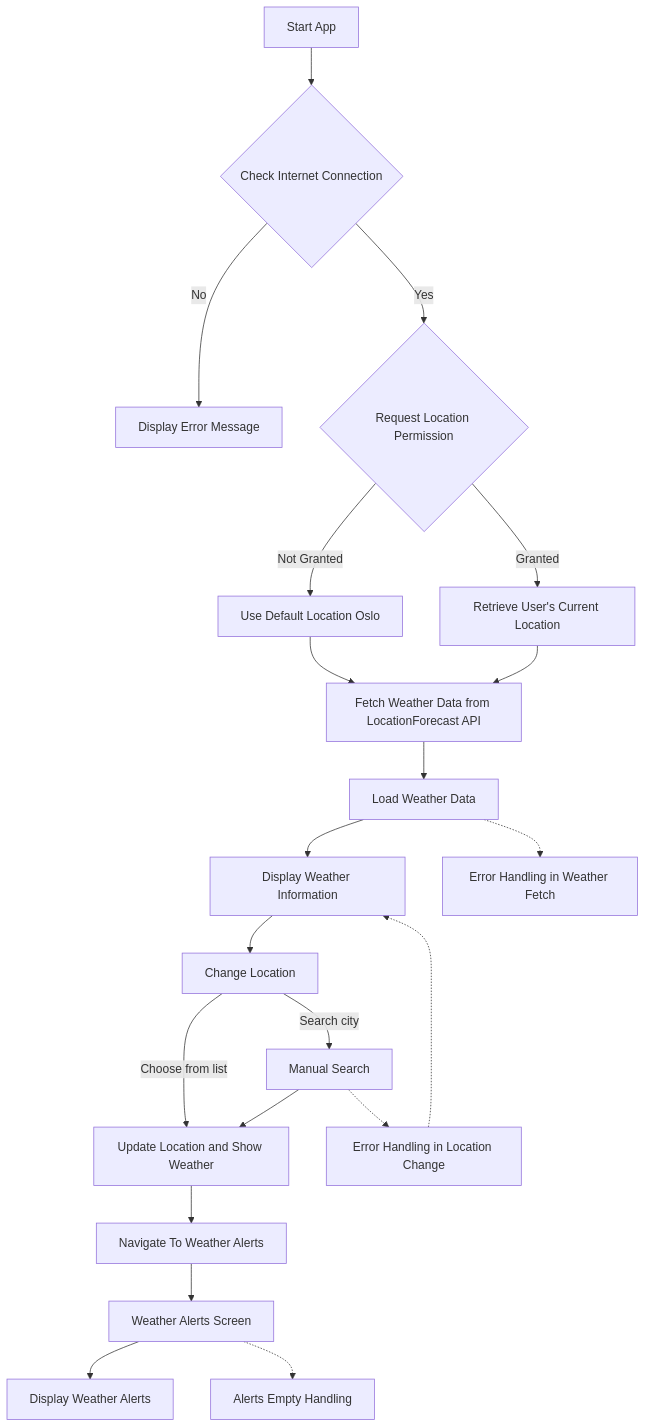
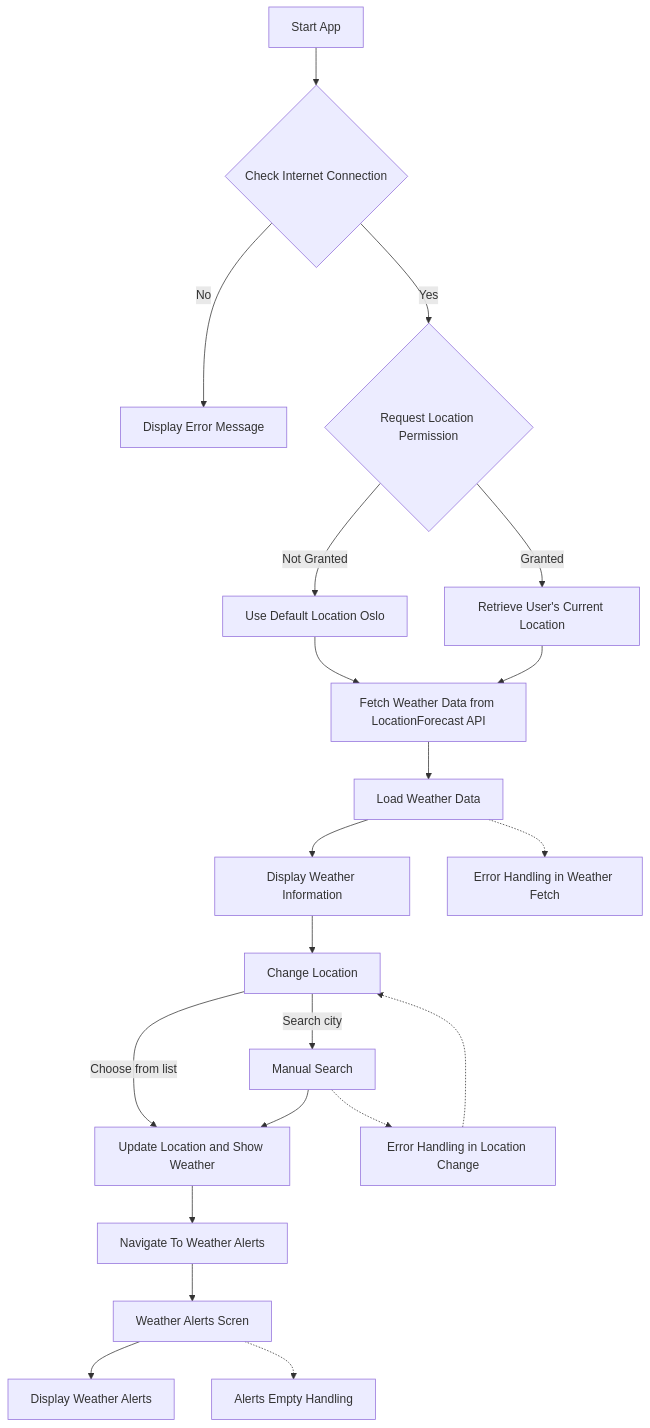
Before and after one commit to Vetledrage/WeatherApp: the first of 3 diagrams in MODELING.md, drawn with Mermaid. The commit also changed other lines of this file, not shown here.

````diff
--- a/MODELING.md
+++ b/MODELING.md
@@ -105,28 +108,30 @@
 ```mermaid
 flowchart TD
     A[Start App] --> B{Check Internet Connection}
     B -- No --> C[Display Error Message]
     B -- Yes --> D{Request Location Permission}
     D -- Not Granted --> E[Use Default Location Oslo]
     D -- Granted --> F[Retrieve User's Current Location]
     E --> G[ Fetch Weather Data from LocationForecast API]
     F --> G
     G --> H[Load Weather Data]
     H --> I[Display Weather Information]
     I --> J[Change Location]
     J -->|Choose from list| K[Update Location and Show Weather]
     J -->|Search city| L[Manual Search]
     K --> M[Navigate To Weather Alerts]
     L --> K
-    M --> O[Weather Alerts Screen]
+    M --> O[Weather Alerts Scren]
     
     O --> P[Display Weather Alerts]
     H -.-> Q[Error Handling in Weather Fetch]
     O -.-> R[Alerts Empty Handling]
     L -.-> S[Error Handling in Location Change]
-    S -.-> I
+    S -.-> J
 
  
 
   
+
+  
 ```
````
